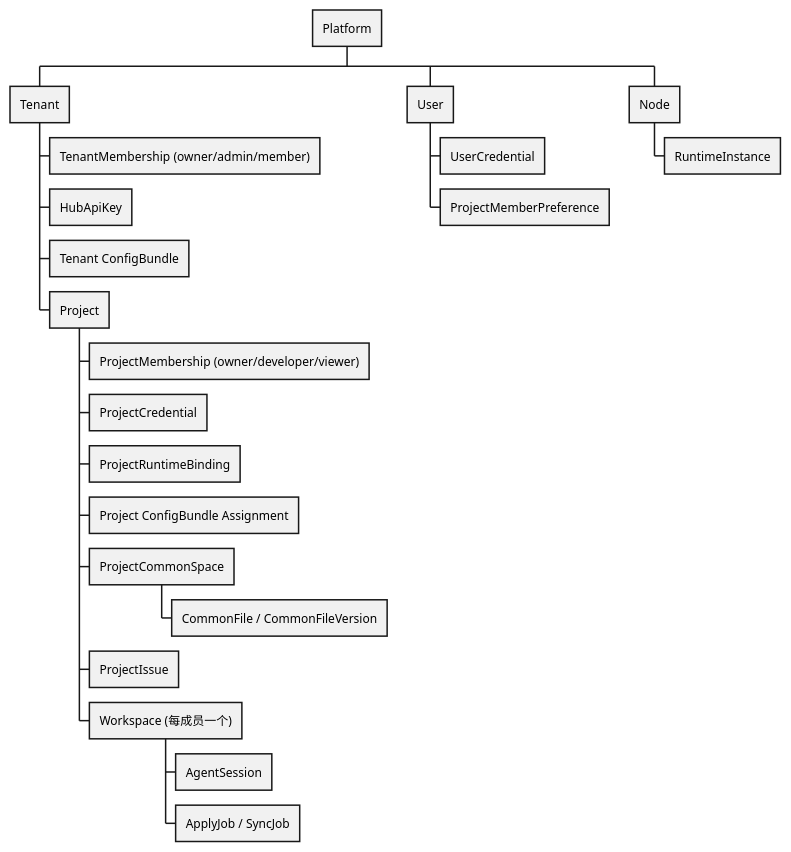
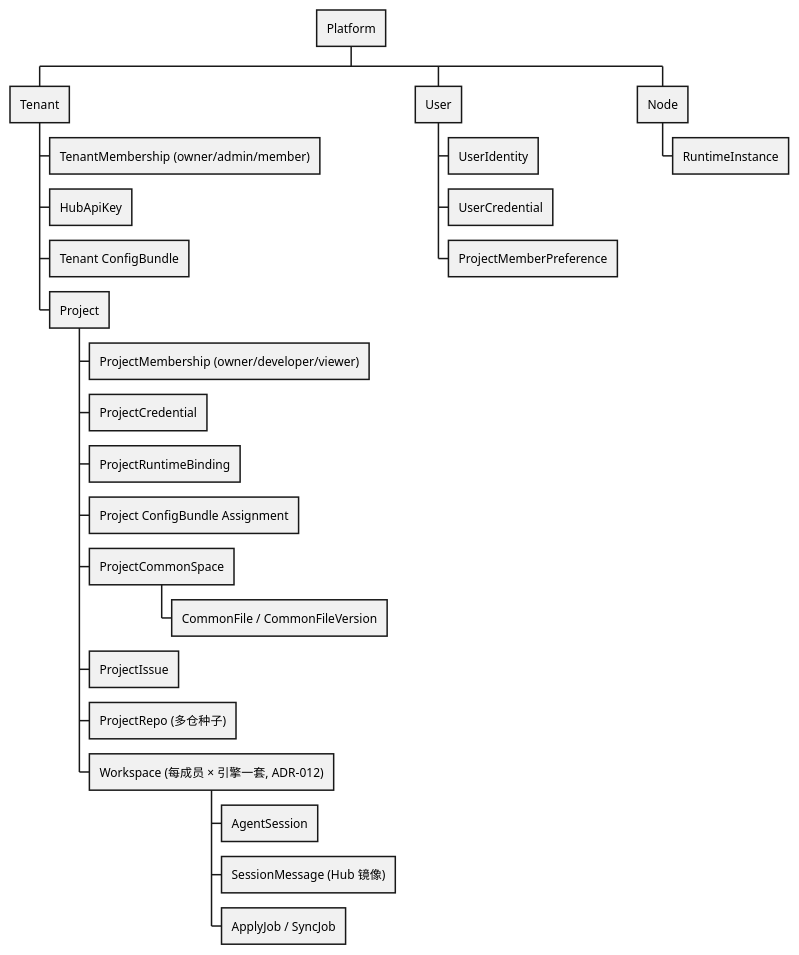
The first of 3 diagrams in docs/architecture/02-domain-model.md (JackLuguibin/AgentHubEx), drawn with PlantUML before and after one commit. The commit also changed other lines of this file and 19 other files, not shown here.

First line of the commit message:
docs: lock ADR-012/013/014 for workspace, external binding, roles

````diff
--- a/docs/architecture/02-domain-model.md
+++ b/docs/architecture/02-domain-model.md
@@ -5,25 +5,28 @@
 ```plantuml
 @startwbs hierarchy
 * Platform
 ** Tenant
 *** TenantMembership (owner/admin/member)
 *** HubApiKey
 *** Tenant ConfigBundle
 *** Project
 **** ProjectMembership (owner/developer/viewer)
 **** ProjectCredential
 **** ProjectRuntimeBinding
 **** Project ConfigBundle Assignment
 **** ProjectCommonSpace
 ***** CommonFile / CommonFileVersion
 **** ProjectIssue
-**** Workspace (每成员一个)
+**** ProjectRepo (多仓种子)
+**** Workspace (每成员 × 引擎一套, ADR-012)
 ***** AgentSession
+***** SessionMessage (Hub 镜像)
 ***** ApplyJob / SyncJob
 ** User
+*** UserIdentity
 *** UserCredential
 *** ProjectMemberPreference
 ** Node
 *** RuntimeInstance
 @endwbs
 ```
````
